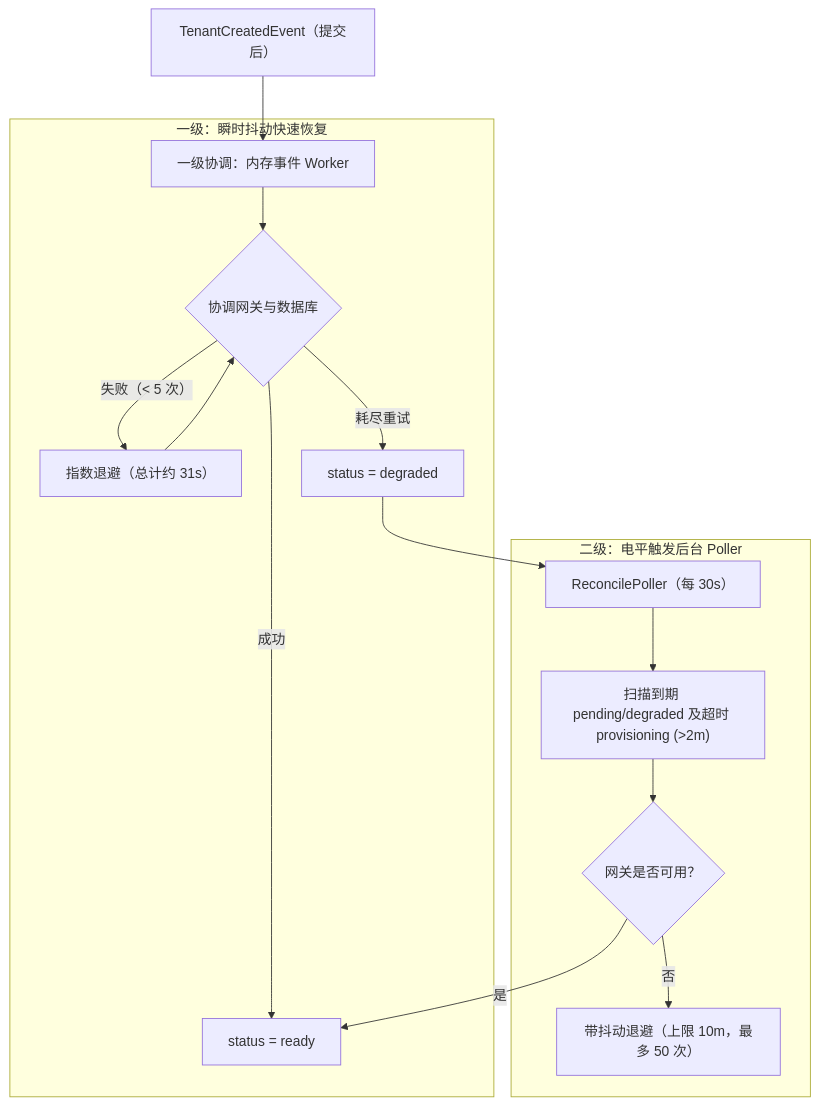
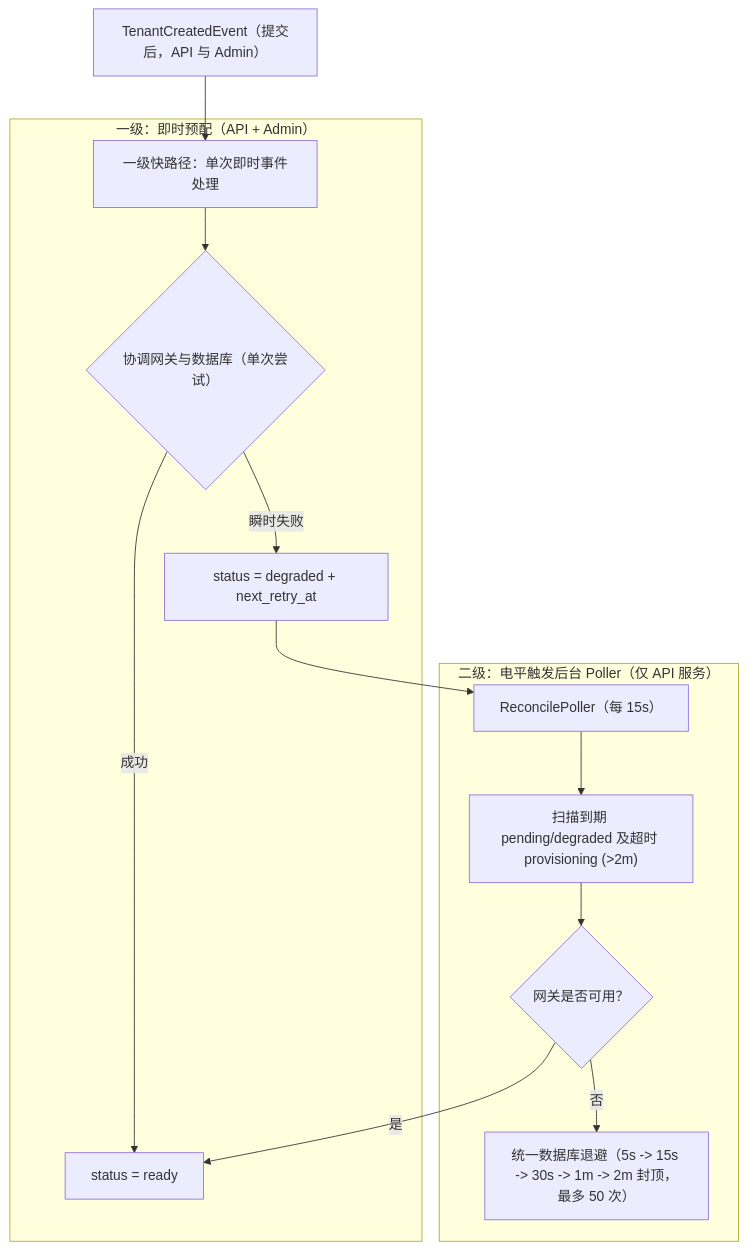
One commit to Sanderhoff-alt/oh-my-ragflow changed the first of 3 diagrams in extensions/model-platform/implementation-plan.zh-CN.md. Above: the diagram before and after it, drawn with Mermaid. The commit also changed other lines of this file and 13 other files, not shown here.

First line of the commit message:
feat(model-platform): add Admin Tier-1 listener and unify retry backoff (#72)

````diff
--- a/extensions/model-platform/implementation-plan.zh-CN.md
+++ b/extensions/model-platform/implementation-plan.zh-CN.md
@@ -179,17 +179,16 @@
 ```mermaid
 flowchart TD
-    CommitEvent["TenantCreatedEvent（提交后）"] --> Tier1Queue["一级协调：内存事件 Worker"]
-    subgraph Tier1 ["一级：瞬时抖动快速恢复"]
-        Tier1Queue --> TryReconcile{"协调网关与数据库"}
+    CommitEvent["TenantCreatedEvent（提交后，API 与 Admin）"] --> Tier1Queue["一级快路径：单次即时事件处理"]
+    subgraph Tier1 ["一级：即时预配（API + Admin）"]
+        Tier1Queue --> TryReconcile{"协调网关与数据库（单次尝试）"}
         TryReconcile -->|"成功"| SetReady["status = ready"]
-        TryReconcile -->|"失败（< 5 次）"| Backoff1["指数退避（总计约 31s）"] --> TryReconcile
-        TryReconcile -->|"耗尽重试"| SetDegraded["status = degraded"]
+        TryReconcile -->|"瞬时失败"| SetDegraded["status = degraded + next_retry_at"]
     end
-    subgraph Tier2 ["二级：电平触发后台 Poller"]
-        Poller["ReconcilePoller（每 30s）"] --> FindDue["扫描到期 pending/degraded 及超时 provisioning (>2m)"]
+    subgraph Tier2 ["二级：电平触发后台 Poller（仅 API 服务）"]
+        Poller["ReconcilePoller（每 15s）"] --> FindDue["扫描到期 pending/degraded 及超时 provisioning (>2m)"]
         FindDue --> TryHeal{"网关是否可用？"}
         TryHeal -->|"是"| SetReady
-        TryHeal -->|"否"| Backoff2["带抖动退避（上限 10m，最多 50 次）"]
+        TryHeal -->|"否"| Backoff2["统一数据库退避（5s -> 15s -> 30s -> 1m -> 2m 封顶，最多 50 次）"]
     end
     SetDegraded --> Poller
 ```
````
